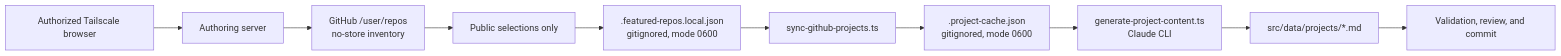
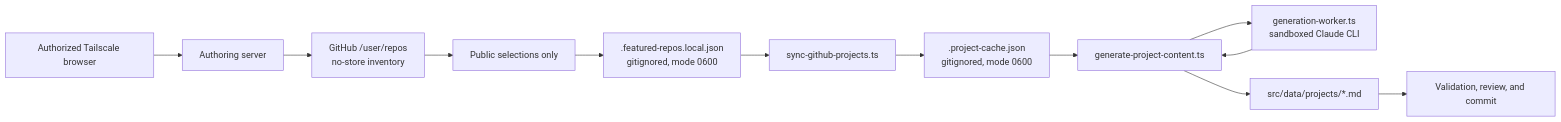
One commit to TheDragoRyu/Resume changed the fourth of 4 diagrams in wiki/architecture.md. Above: the diagram before and after it, drawn with Mermaid. The commit also changed other lines of this file and 15 other files, not shown here.

````diff
--- a/wiki/architecture.md
+++ b/wiki/architecture.md
@@ -217,12 +217,14 @@
 ```mermaid
 flowchart LR
     A["Authorized Tailscale browser"] --> B["Authoring server"]
     B --> C["GitHub /user/repos<br/>no-store inventory"]
     C --> D["Public selections only"]
     D --> E[".featured-repos.local.json<br/>gitignored, mode 0600"]
     E --> F["sync-github-projects.ts"]
     F --> G[".project-cache.json<br/>gitignored, mode 0600"]
-    G --> H["generate-project-content.ts<br/>Claude CLI"]
+    G --> H["generate-project-content.ts"]
+    H --> W["generation-worker.ts<br/>sandboxed Claude CLI"]
+    W --> H
     H --> I["src/data/projects/*.md"]
     I --> J["Validation, review, and commit"]
 ```
````
